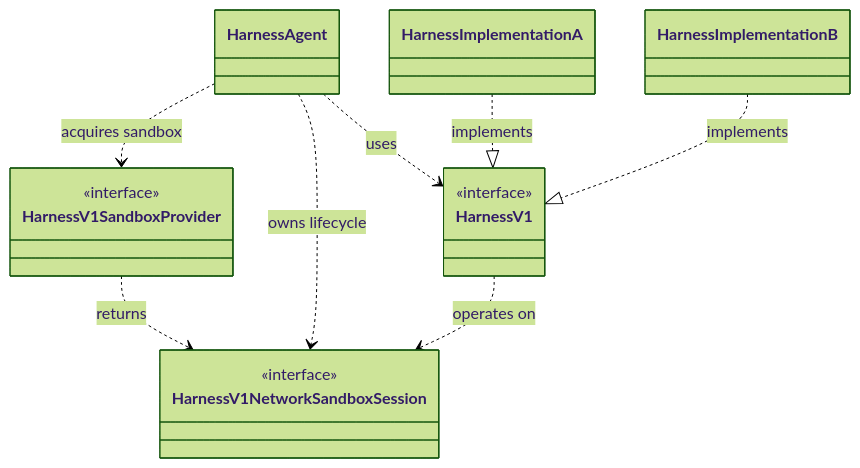
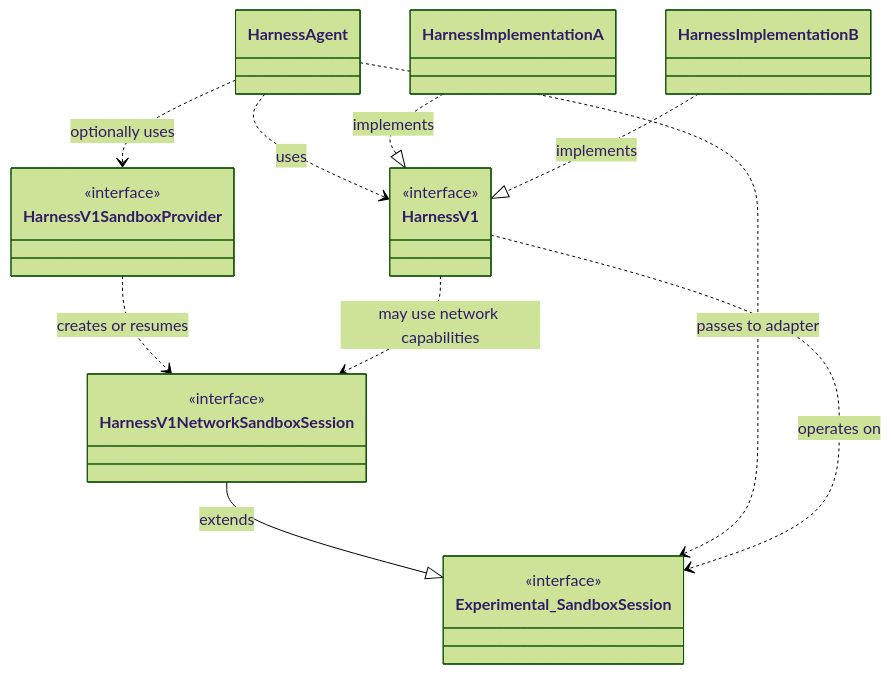
The first of 4 diagrams in architecture/harness-abstraction.md (Jamaal224/VERCEL-AI-Agent), drawn with Mermaid (forest theme) before and after one commit. The commit also changed other lines of this file and 2 other files, not shown here.

First line of the commit message:
docs: clarify harness abstraction architecture (#21272)

````diff
--- a/architecture/harness-abstraction.md
+++ b/architecture/harness-abstraction.md
@@ -14,23 +14,28 @@
 ```mermaid
 classDiagram
     class HarnessAgent
     class HarnessV1 {
       <<interface>>
     }
     class HarnessV1SandboxProvider {
       <<interface>>
     }
     class HarnessV1NetworkSandboxSession {
       <<interface>>
     }
+    class Experimental_SandboxSession {
+      <<interface>>
+    }
     class HarnessImplementationA
     class HarnessImplementationB
 
     HarnessAgent ..> HarnessV1 : uses
-    HarnessAgent ..> HarnessV1SandboxProvider : acquires sandbox
-    HarnessV1SandboxProvider ..> HarnessV1NetworkSandboxSession : returns
-    HarnessAgent ..> HarnessV1NetworkSandboxSession : owns lifecycle
-    HarnessV1 ..> HarnessV1NetworkSandboxSession : operates on
+    HarnessAgent ..> HarnessV1SandboxProvider : optionally uses
+    HarnessV1SandboxProvider ..> HarnessV1NetworkSandboxSession : creates or resumes
+    HarnessV1NetworkSandboxSession --|> Experimental_SandboxSession : extends
+    HarnessAgent ..> Experimental_SandboxSession : passes to adapter
+    HarnessV1 ..> Experimental_SandboxSession : operates on
+    HarnessV1 ..> HarnessV1NetworkSandboxSession : may use network capabilities
     HarnessImplementationA ..|> HarnessV1 : implements
     HarnessImplementationB ..|> HarnessV1 : implements
 ```
````
